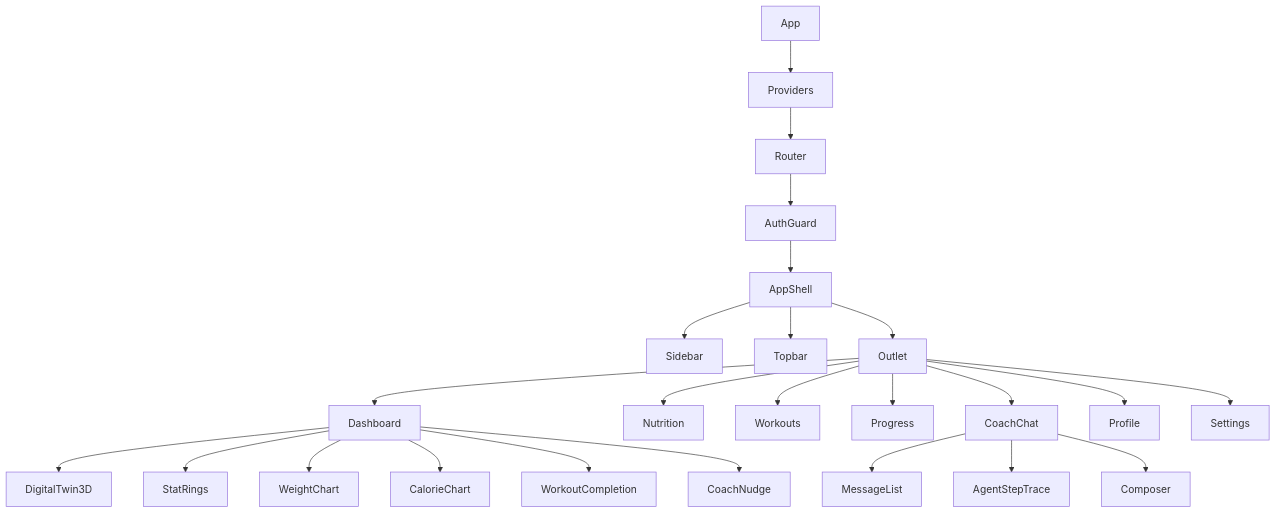
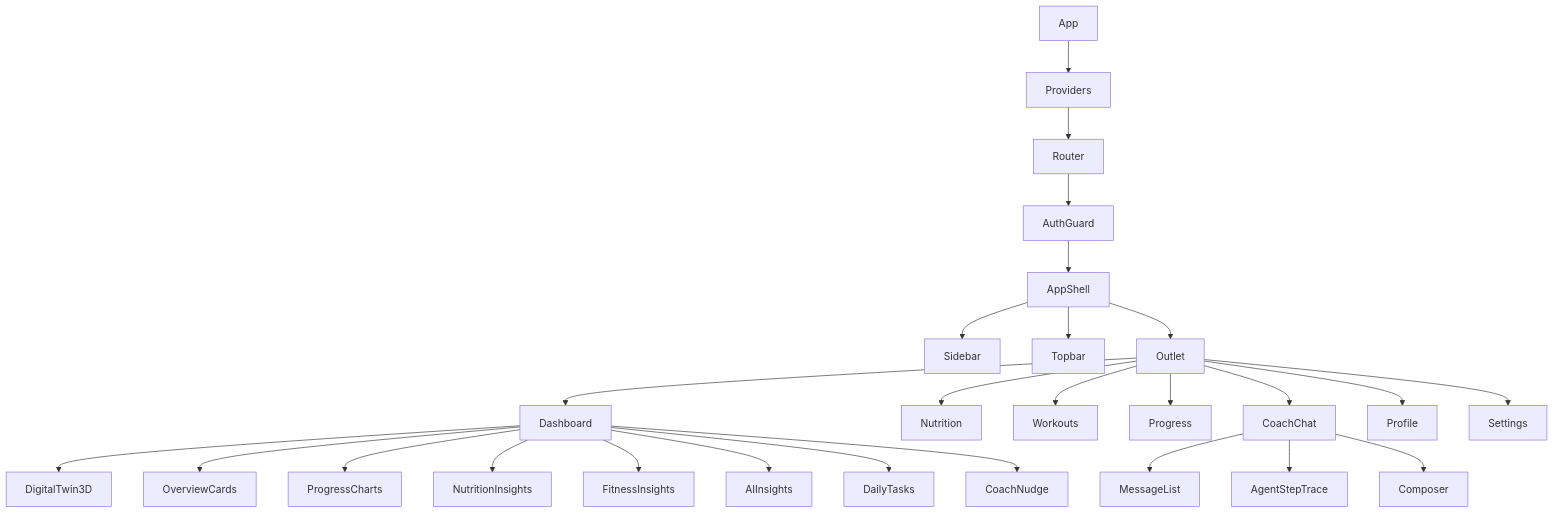
Before and after one commit to Ryanrezzz/FitTwin: the diagram in docs/05-frontend.md, drawn with Mermaid. The commit also changed other lines of this file and 15 other files, not shown here.

First line of the commit message:
Enhance system architecture and agent functionality with hybrid execution modes

````diff
--- a/docs/05-frontend.md
+++ b/docs/05-frontend.md
@@ -60,29 +60,31 @@
 ```mermaid
 flowchart TD
     App --> Providers
     Providers --> Router
     Router --> AuthGuard
     AuthGuard --> AppShell
     AppShell --> Sidebar
     AppShell --> Topbar
     AppShell --> Outlet
 
     Outlet --> Dashboard
     Outlet --> Nutrition
     Outlet --> Workouts
     Outlet --> Progress
     Outlet --> CoachChat
     Outlet --> Profile
     Outlet --> Settings
 
     Dashboard --> DigitalTwin3D
-    Dashboard --> StatRings
-    Dashboard --> WeightChart
-    Dashboard --> CalorieChart
-    Dashboard --> WorkoutCompletion
+    Dashboard --> OverviewCards
+    Dashboard --> ProgressCharts
+    Dashboard --> NutritionInsights
+    Dashboard --> FitnessInsights
+    Dashboard --> AIInsights
+    Dashboard --> DailyTasks
     Dashboard --> CoachNudge
 
     CoachChat --> MessageList
     CoachChat --> AgentStepTrace
     CoachChat --> Composer
 ```
````
